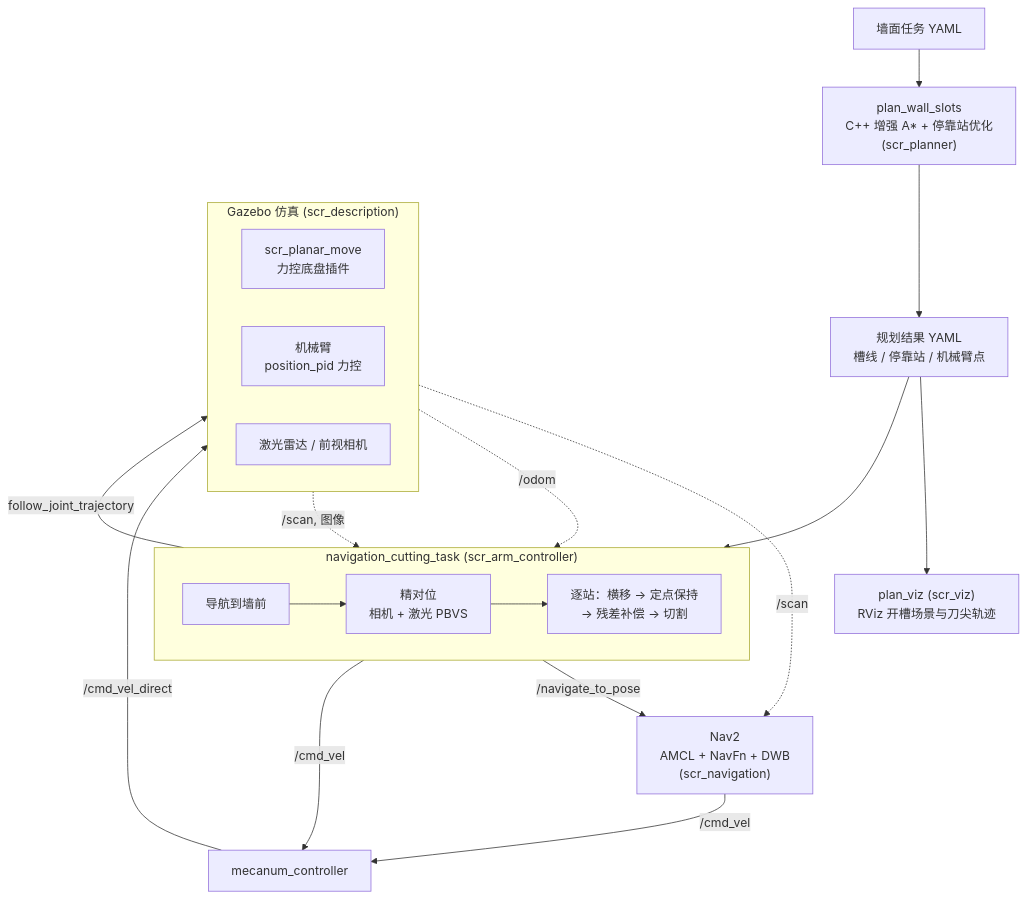
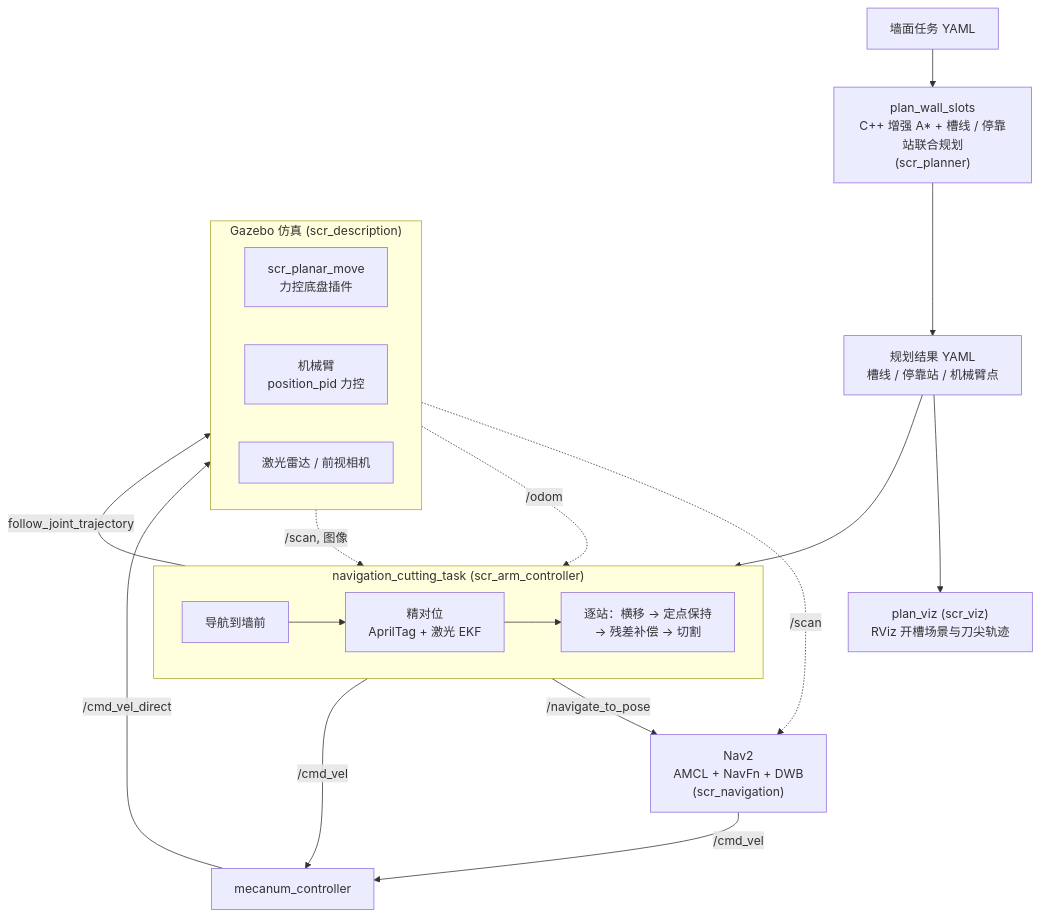
The diagram in README.md (Aemeath-BonVoage/indoor-wall-slot-cutting-robot-path-planning), drawn with Mermaid before and after one commit. The commit also changed other lines of this file and 12 other files, not shown here.

````diff
--- a/README.md
+++ b/README.md
@@ -35,30 +36,30 @@
 ```mermaid
 flowchart TB
-    task["墙面任务 YAML"] --> planner["plan_wall_slots<br/>C++ 增强 A* + 停靠站优化<br/>(scr_planner)"]
+    task["墙面任务 YAML"] --> planner["plan_wall_slots<br/>C++ 增强 A* + 槽线 / 停靠站联合规划<br/>(scr_planner)"]
     planner --> plan["规划结果 YAML<br/>槽线 / 停靠站 / 机械臂点"]
     plan --> exec
     plan --> viz["plan_viz (scr_viz)<br/>RViz 开槽场景与刀尖轨迹"]
 
     subgraph exec["navigation_cutting_task (scr_arm_controller)"]
         direction LR
-        nav["导航到墙前"] --> servo["精对位<br/>相机 + 激光 PBVS"]
+        nav["导航到墙前"] --> servo["精对位<br/>AprilTag + 激光 EKF"]
         servo --> station["逐站：横移 → 定点保持<br/>→ 残差补偿 → 切割"]
     end
 
     exec -- "/navigate_to_pose" --> nav2["Nav2<br/>AMCL + NavFn + DWB<br/>(scr_navigation)"]
     exec -- "/cmd_vel" --> mecanum["mecanum_controller"]
     nav2 -- "/cmd_vel" --> mecanum
 
     subgraph sim["Gazebo 仿真 (scr_description)"]
         direction LR
         base["scr_planar_move<br/>力控底盘插件"]
         arm["机械臂<br/>position_pid 力控"]
         sensors["激光雷达 / 前视相机"]
     end
 
     mecanum -- "/cmd_vel_direct" --> base
     exec -- "follow_joint_trajectory" --> arm
     base -. "/odom" .-> exec
     sensors -. "/scan, 图像" .-> exec
     sensors -. "/scan" .-> nav2
 ```
````
